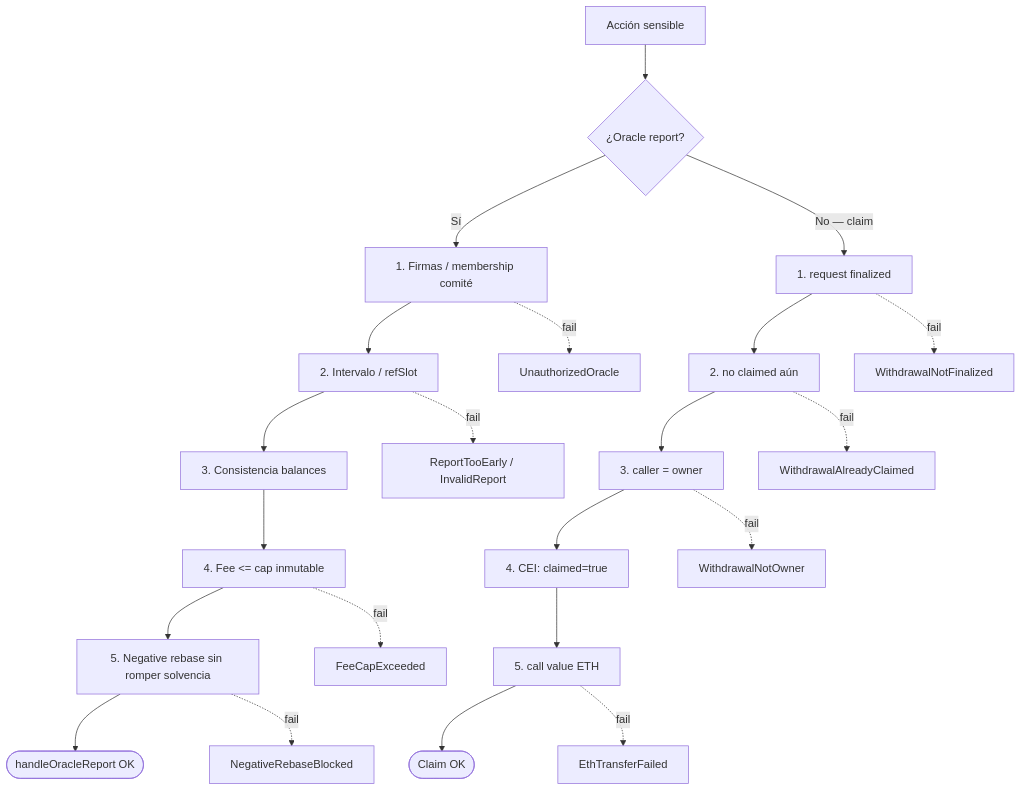
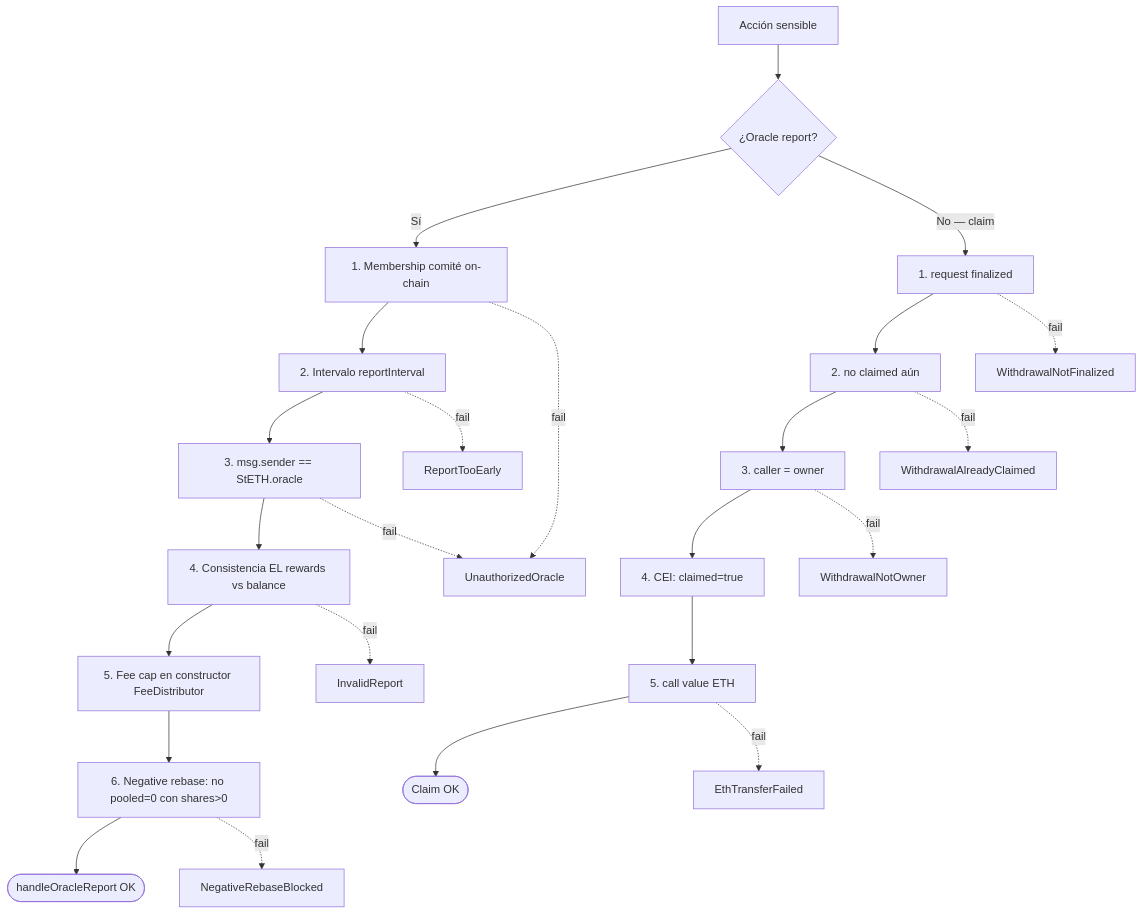
One commit to rastrahm/liquid-staking-protocol changed the third of 5 diagrams in doc/flujograma.md. Above: the diagram before and after it, drawn with Mermaid. The commit also changed other lines of this file and 12 other files, not shown here.

````diff
--- a/doc/flujograma.md
+++ b/doc/flujograma.md
@@ -68,25 +70,27 @@
 ```mermaid
 flowchart TD
     A[Acción sensible] --> B{¿Oracle report?}
-    B -->|Sí| C1[1. Firmas / membership comité]
-    C1 --> C2[2. Intervalo / refSlot]
-    C2 --> C3[3. Consistencia balances]
-    C3 --> C4[4. Fee <= cap inmutable]
-    C4 --> C5[5. Negative rebase sin romper solvencia]
-    C5 --> Ok1([handleOracleReport OK])
+    B -->|Sí| C1[1. Membership comité on-chain]
+    C1 --> C2[2. Intervalo reportInterval]
+    C2 --> C3[3. msg.sender == StETH.oracle]
+    C3 --> C4[4. Consistencia EL rewards vs balance]
+    C4 --> C5[5. Fee cap en constructor FeeDistributor]
+    C5 --> C6[6. Negative rebase: no pooled=0 con shares>0]
+    C6 --> Ok1([handleOracleReport OK])
     C1 -.->|fail| X1[UnauthorizedOracle]
-    C2 -.->|fail| X2[ReportTooEarly / InvalidReport]
-    C4 -.->|fail| X3[FeeCapExceeded]
-    C5 -.->|fail| X4[NegativeRebaseBlocked]
+    C2 -.->|fail| X2[ReportTooEarly]
+    C3 -.->|fail| X1
+    C4 -.->|fail| X3[InvalidReport]
+    C6 -.->|fail| X4[NegativeRebaseBlocked]
 
     B -->|No — claim| D1[1. request finalized]
     D1 --> D2[2. no claimed aún]
     D2 --> D3[3. caller = owner]
     D3 --> D4[4. CEI: claimed=true]
     D4 --> D5[5. call value ETH]
     D5 --> Ok2([Claim OK])
     D1 -.->|fail| Y1[WithdrawalNotFinalized]
     D2 -.->|fail| Y2[WithdrawalAlreadyClaimed]
     D3 -.->|fail| Y3[WithdrawalNotOwner]
     D5 -.->|fail| Y4[EthTransferFailed]
 ```
````
